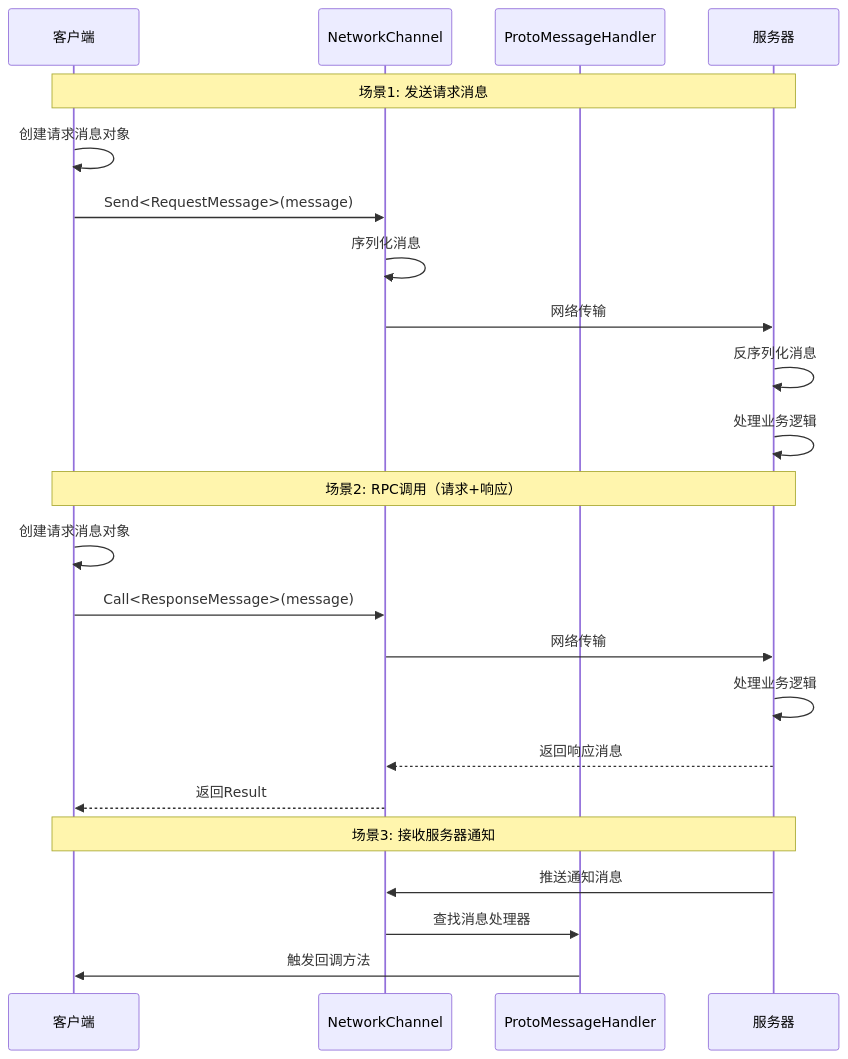
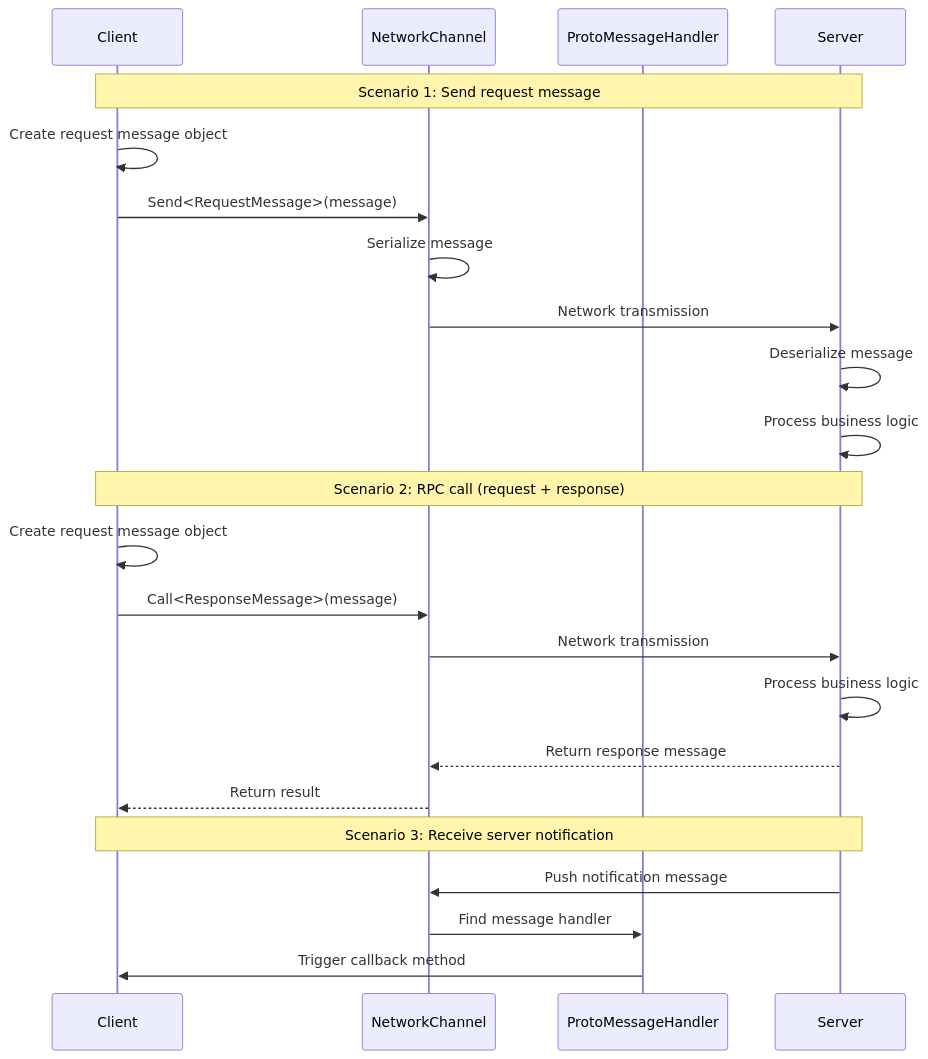
One commit to AlianBlank/GameFrameX.Docs changed the second of 2 diagrams in docs/en/client/unity/component/network/06.message-types.md. Above: the diagram before and after it, drawn with Mermaid. The commit also changed other lines of this file and 242 other files, not shown here.

````diff
--- a/docs/en/client/unity/component/network/06.message-types.md
+++ b/docs/en/client/unity/component/network/06.message-types.md
@@ -65,28 +65,28 @@
 ```mermaid
 sequenceDiagram
-    participant C as 客户端
+    participant C as Client
     participant N as NetworkChannel
     participant H as ProtoMessageHandler
-    participant S as 服务器
+    participant S as Server
 
-    Note over C,S: 场景1: 发送请求消息
-    C->>C: 创建请求消息对象
+    Note over C,S: Scenario 1: Send request message
+    C->>C: Create request message object
     C->>N: Send<RequestMessage>(message)
-    N->>N: 序列化消息
-    N->>S: 网络传输
-    S->>S: 反序列化消息
-    S->>S: 处理业务逻辑
+    N->>N: Serialize message
+    N->>S: Network transmission
+    S->>S: Deserialize message
+    S->>S: Process business logic
 
-    Note over C,S: 场景2: RPC调用（请求+响应）
-    C->>C: 创建请求消息对象
+    Note over C,S: Scenario 2: RPC call (request + response)
+    C->>C: Create request message object
     C->>N: Call<ResponseMessage>(message)
-    N->>S: 网络传输
-    S->>S: 处理业务逻辑
-    S-->>N: 返回响应消息
-    N-->>C: 返回Result
+    N->>S: Network transmission
+    S->>S: Process business logic
+    S-->>N: Return response message
+    N-->>C: Return result
 
-    Note over C,S: 场景3: 接收服务器通知
-    S->>N: 推送通知消息
-    N->>H: 查找消息处理器
-    H->>C: 触发回调方法
+    Note over C,S: Scenario 3: Receive server notification
+    S->>N: Push notification message
+    N->>H: Find message handler
+    H->>C: Trigger callback method
 ```
````
